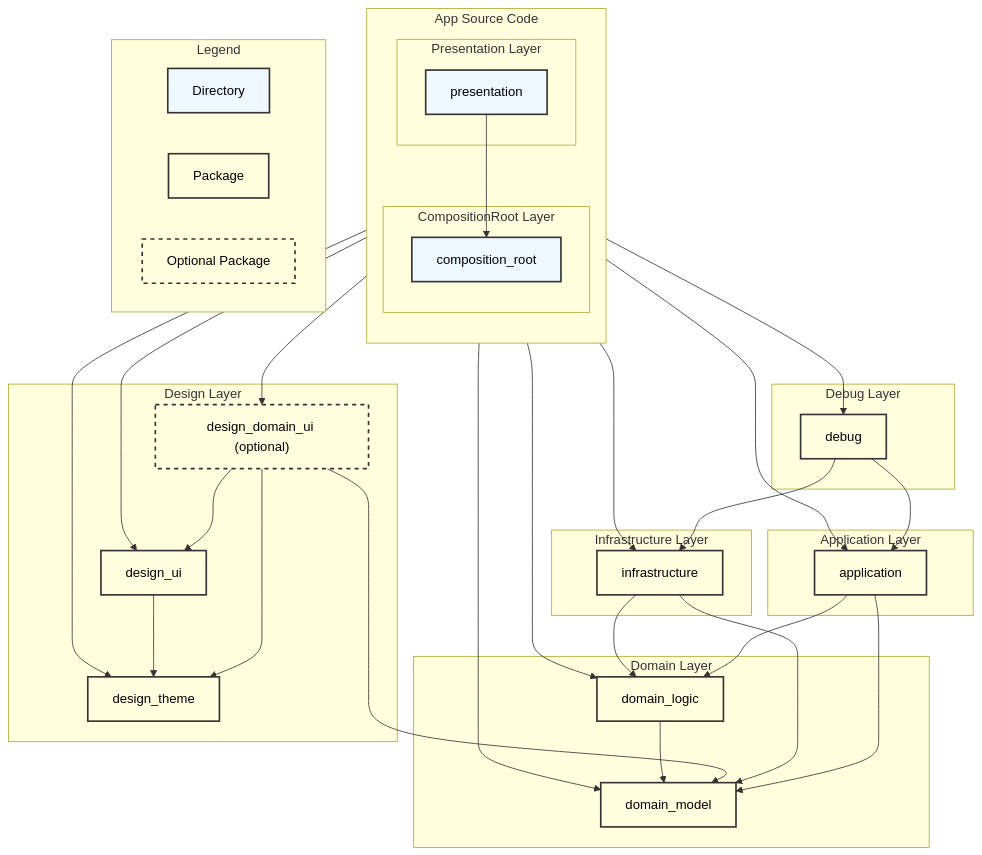
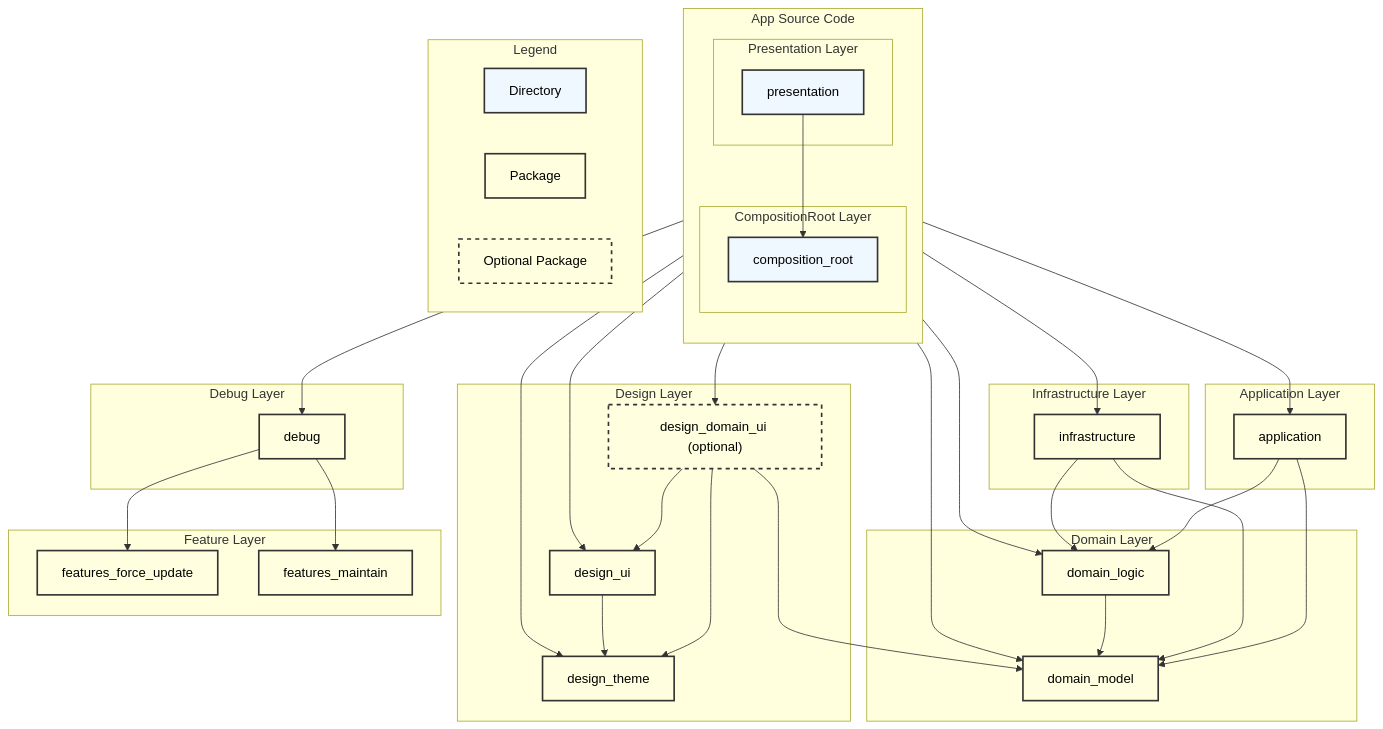
One commit to yumemi-inc/flutter-mobile-project-template changed the diagram in docs/ARCHITECTURE.md. Above: the diagram before and after it, drawn with Mermaid. The commit also changed other lines of this file, not shown here.

Commit message:
chore: mermaidを更新

```diff
--- a/docs/ARCHITECTURE.md
+++ b/docs/ARCHITECTURE.md
@@ -85,6 +80,15 @@
     class domain_logic package
   end
 
+  %% Feature Layer
+  subgraph "Feature Layer"
+    features_force_update[features_force_update] 
+    class features_force_update package
+    
+    features_maintain[features_maintain]
+    class features_maintain package
+  end
+
   %% Debug Layer
   subgraph "Debug Layer"
     debug[debug]
@@ -117,8 +121,8 @@
   domain_logic --> domain_model
 
   %% Debug Layer Dependencies
-  debug --> infrastructure_pkg
-  debug --> application_pkg
+  debug --> features_force_update
+  debug --> features_maintain
   presentation --> debug
 
   %% Legend
```
